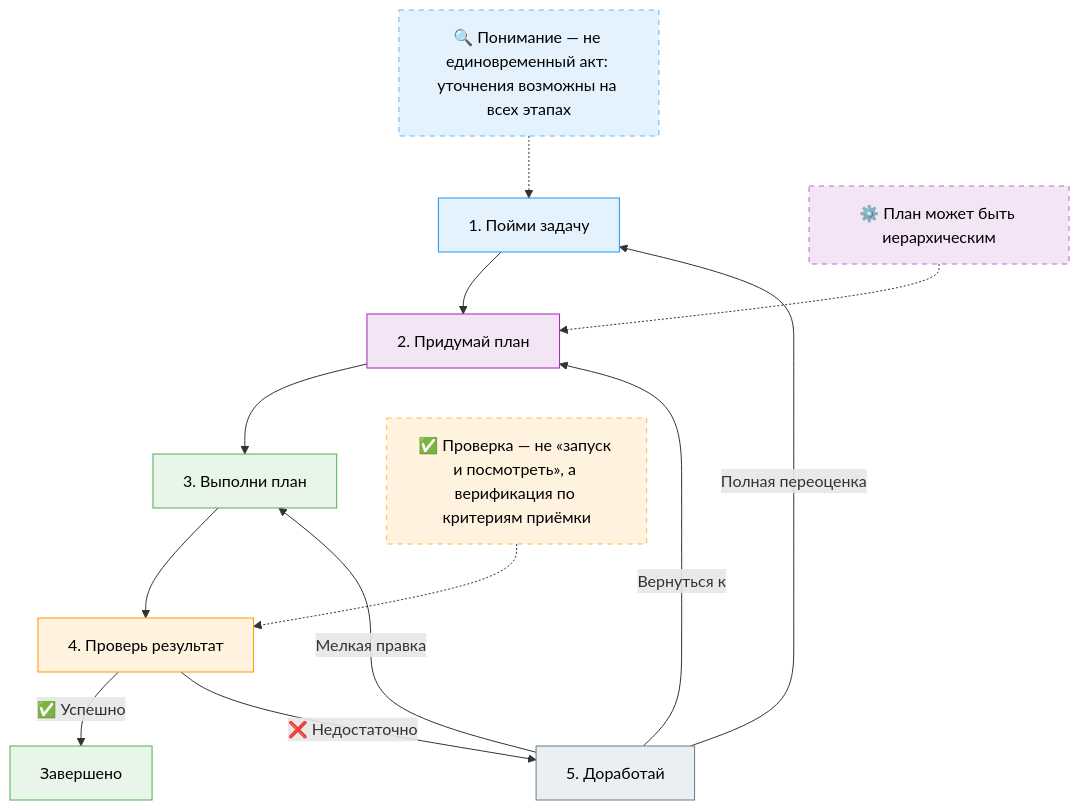
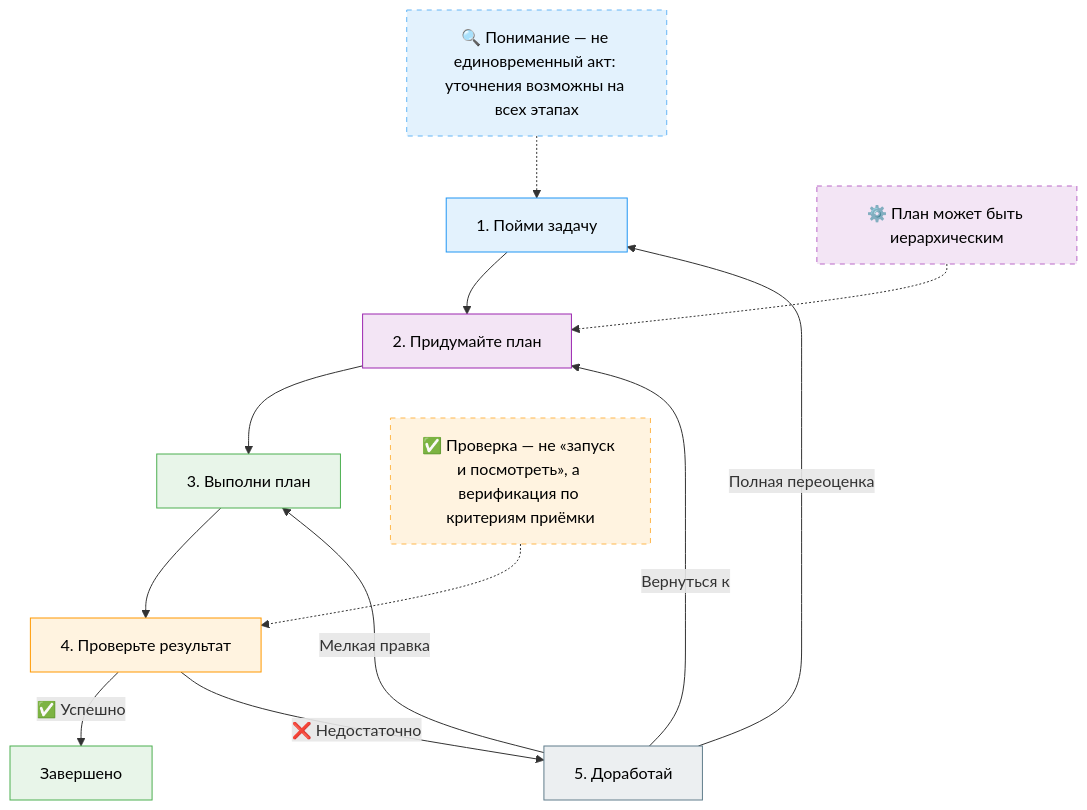
The first of 2 diagrams in docs/encyclopedia/9-spinoff/9-11-dlya-detey/3-development/11.md (Spirzen/it-knowledge-base), drawn with Mermaid before and after one commit. The commit also changed other lines of this file and 1180 other files, not shown here.

````diff
--- a/docs/encyclopedia/9-spinoff/9-11-dlya-detey/3-development/11.md
+++ b/docs/encyclopedia/9-spinoff/9-11-dlya-detey/3-development/11.md
@@ -54,49 +54,49 @@
 ```mermaid
 flowchart TD
     %% Цвета по когнитивным функциям
     classDef understand fill:#2196F3,stroke:#0D47A1,color:black;
     classDef plan fill:#9C27B0,stroke:#4A148C,color:black;
     classDef execute fill:#4CAF50,stroke:#1B5E20,color:black;
     classDef verify fill:#FF9800,stroke:#E65100,color:black;
     classDef refine fill:#607D8B,stroke:#263238,color:black;
 
     A[1. Пойми задачу]:::understand
-    B[2. Придумай план]:::plan
+    B[2. Придумайте план]:::plan
     C[3. Выполни план]:::execute
-    D[4. Проверь результат]:::verify
+    D[4. Проверьте результат]:::verify
     E[5. Доработай]:::refine
 
     A --> B
     B --> C
     C --> D
     D -->|✅ Успешно| F[Завершено]
     D -->|❌ Недостаточно| E
     E -->|Вернуться к| B
     E -->|Мелкая правка| C
     E -->|Полная переоценка| A
 
     %% Финальный узел
     classDef done fill:#4CAF50,stroke:#1B5E20,color:black;
     F:::done
 
     %% Визуальные акценты
     style A fill:#E3F2FD,stroke:#2196F3
     style B fill:#F3E5F5,stroke:#9C27B0
     style C fill:#E8F5E9,stroke:#4CAF50
     style D fill:#FFF3E0,stroke:#FF9800
     style E fill:#ECEFF1,stroke:#607D8B
     style F fill:#E8F5E9,stroke:#4CAF50
 
     %% Полезные примечания
     note1["🔍 Понимание — не единовременный акт: уточнения возможны на всех этапах"]:::understand
     note2["⚙️ План может быть иерархическим"]:::plan
     note3["✅ Проверка — не «запуск и посмотреть», а верификация по критериям приёмки"]:::verify
 
     style note1 fill:#E3F2FD,stroke:#64B5F6,stroke-dasharray: 5 5
     style note2 fill:#F3E5F5,stroke:#BA68C8,stroke-dasharray: 5 5
     style note3 fill:#FFF3E0,stroke:#FFB74D,stroke-dasharray: 5 5
 
     note1 -.-> A
     note2 -.-> B
     note3 -.-> D
 ```
````
